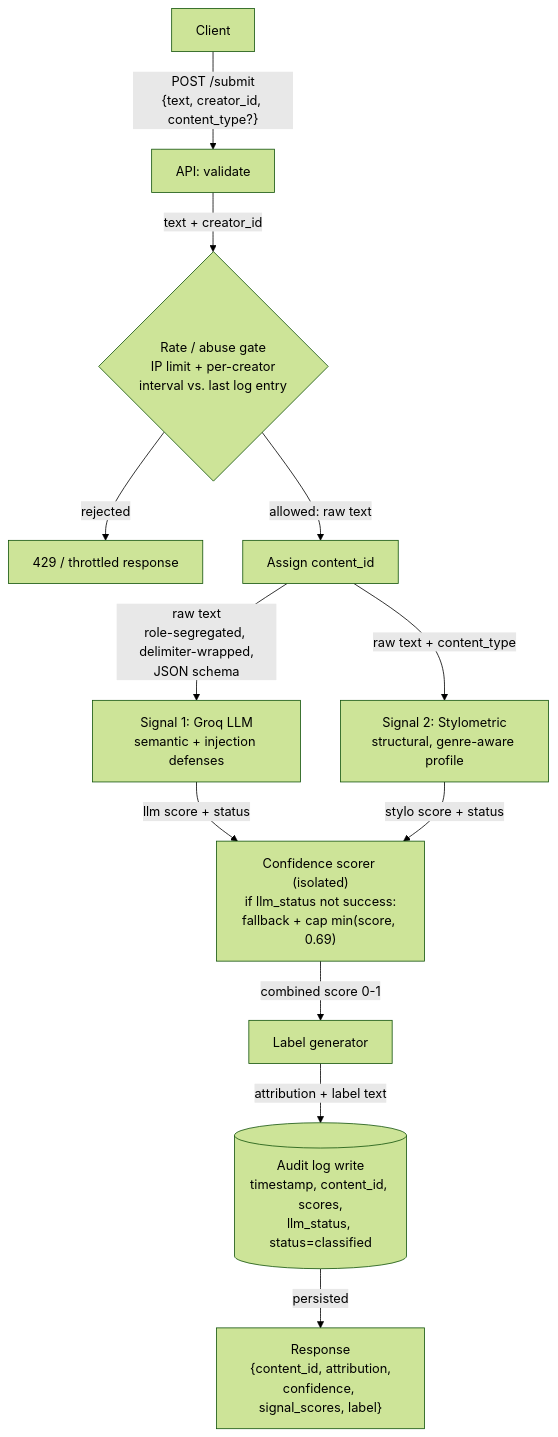
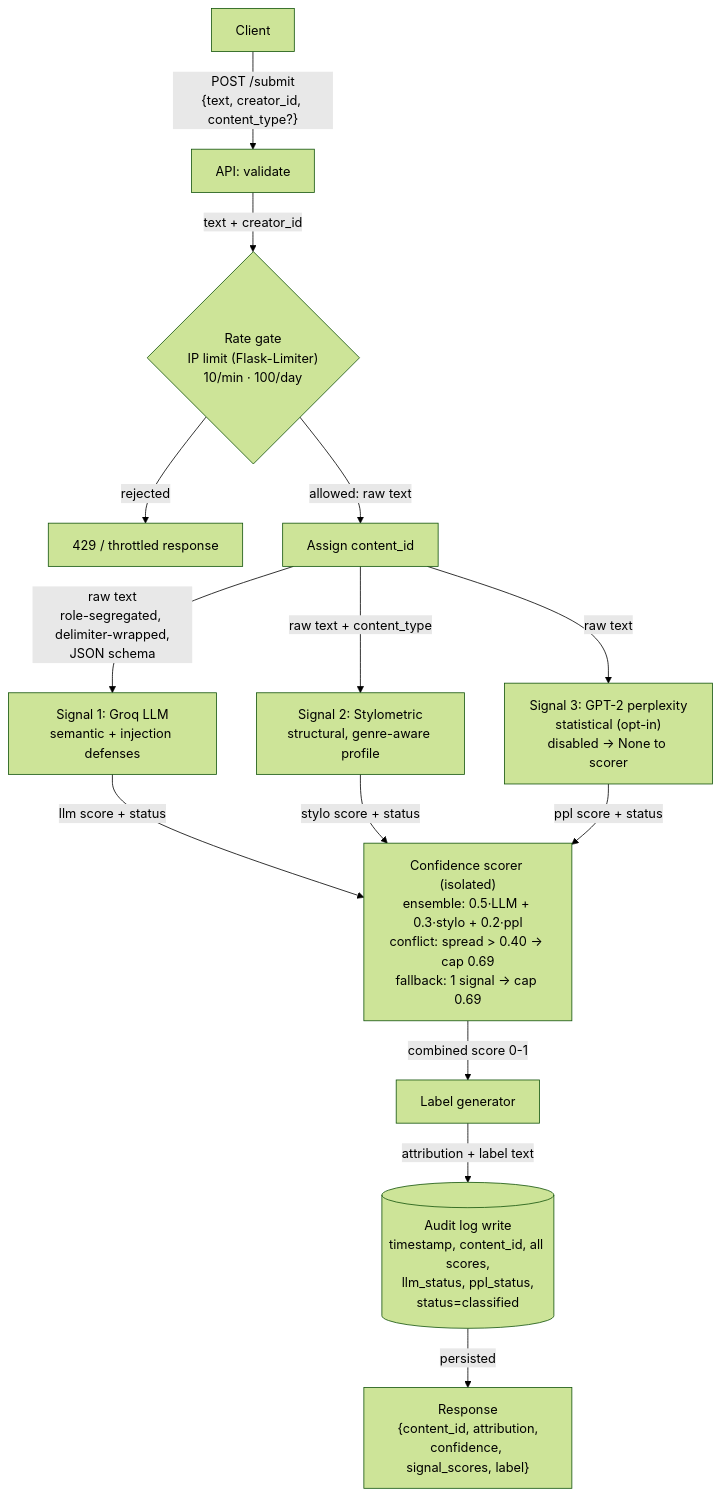
The first of 2 diagrams in planning.md (bbdevelops/ai201-project4-provenance-guard), drawn with Mermaid (forest theme) before and after one commit. The commit also changed other lines of this file and 9 other files, not shown here.

Commit message:
Complete Ensemble Detection stretch goal, add third signal detection for perplexity using GPT-2 Small, integrate third signal as optional using a flag, integrate third signal into existing architecture

````diff
--- a/planning.md
+++ b/planning.md
@@ -286,14 +286,16 @@
 ```mermaid
 flowchart TD
     A["Client"] -->|"POST /submit<br/>{text, creator_id, content_type?}"| B["API: validate"]
-    B -->|"text + creator_id"| G{"Rate / abuse gate<br/>IP limit + per-creator<br/>interval vs. last log entry"}
+    B -->|"text + creator_id"| G{"Rate gate<br/>IP limit (Flask-Limiter)<br/>10/min · 100/day"}
     G -->|"rejected"| R429["429 / throttled response"]
     G -->|"allowed: raw text"| C["Assign content_id"]
     C -->|"raw text<br/>role-segregated, delimiter-wrapped,<br/>JSON schema"| D["Signal 1: Groq LLM<br/>semantic + injection defenses"]
     C -->|"raw text + content_type"| E["Signal 2: Stylometric<br/>structural, genre-aware profile"]
-    D -->|"llm score + status"| F["Confidence scorer (isolated)<br/>if llm_status not success:<br/>fallback + cap min(score, 0.69)"]
+    C -->|"raw text"| P["Signal 3: GPT-2 perplexity<br/>statistical (opt-in)<br/>disabled → None to scorer"]
+    D -->|"llm score + status"| F["Confidence scorer (isolated)<br/>ensemble: 0.5·LLM + 0.3·stylo + 0.2·ppl<br/>conflict: spread > 0.40 → cap 0.69<br/>fallback: 1 signal → cap 0.69"]
     E -->|"stylo score + status"| F
+    P -->|"ppl score + status"| F
     F -->|"combined score 0-1"| H["Label generator"]
-    H -->|"attribution + label text"| L[("Audit log write<br/>timestamp, content_id, scores,<br/>llm_status, status=classified")]
+    H -->|"attribution + label text"| L[("Audit log write<br/>timestamp, content_id, all scores,<br/>llm_status, ppl_status,<br/>status=classified")]
     L -->|"persisted"| Z["Response<br/>{content_id, attribution,<br/>confidence, signal_scores, label}"]
 ```
````
